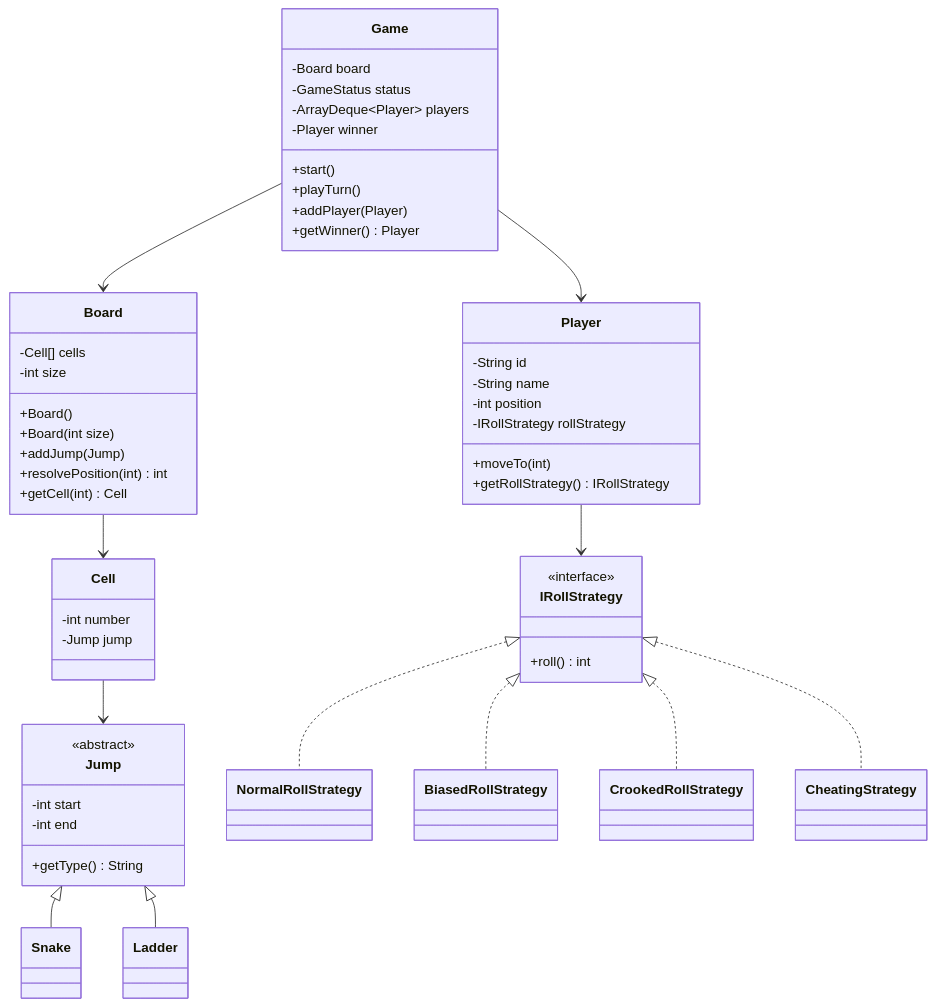
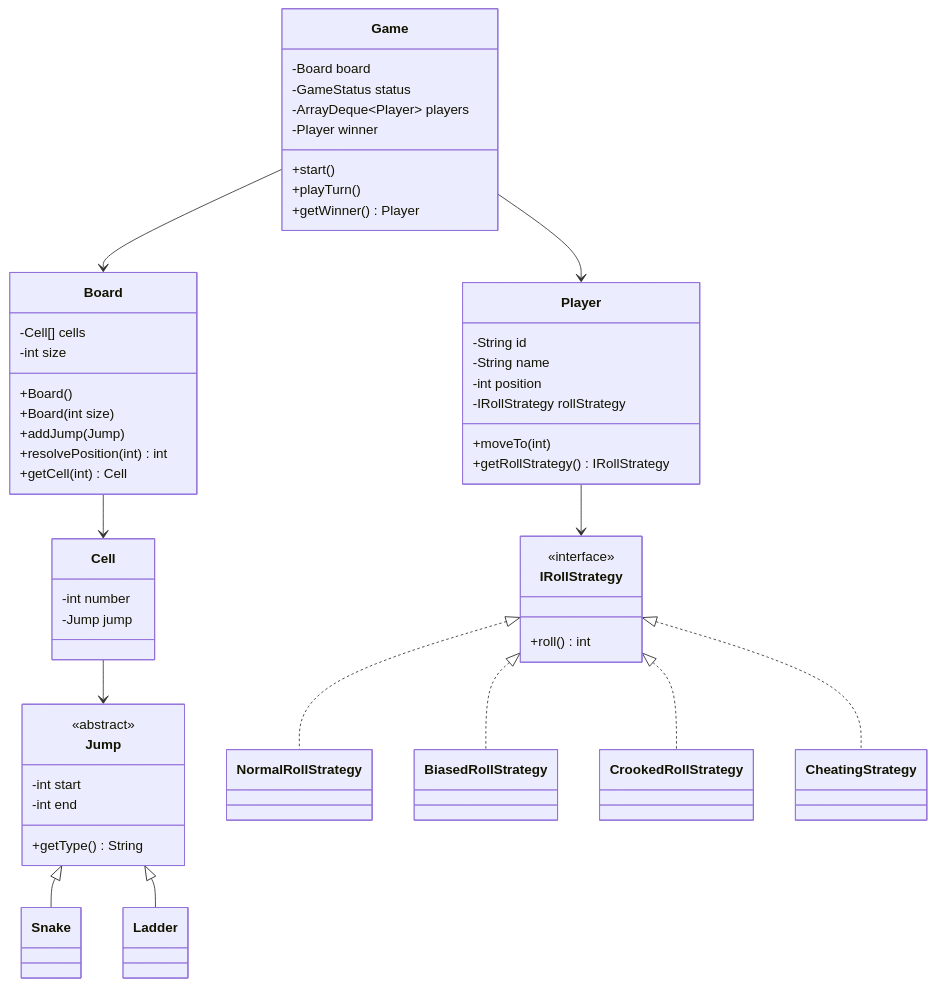
Before and after one commit to rohit-munde/java-lld-practice: the diagram in snake-and-ladder/README.md, drawn with Mermaid. The commit also changed other lines of this file and 3 other files, not shown here.

````diff
--- a/snake-and-ladder/README.md
+++ b/snake-and-ladder/README.md
@@ -100,69 +100,68 @@
 ```mermaid
 classDiagram
     class Game {
         -Board board
         -GameStatus status
         -ArrayDeque~Player~ players
         -Player winner
         +start()
         +playTurn()
-        +addPlayer(Player)
         +getWinner() Player
     }
 
     class Board {
         -Cell[] cells
         -int size
         +Board()
         +Board(int size)
         +addJump(Jump)
         +resolvePosition(int) int
         +getCell(int) Cell
     }
 
     class Cell {
         -int number
         -Jump jump
     }
 
     class Player {
         -String id
         -String name
         -int position
         -IRollStrategy rollStrategy
         +moveTo(int)
         +getRollStrategy() IRollStrategy
     }
 
     class Jump {
         <<abstract>>
         -int start
         -int end
         +getType() String
     }
 
     class Snake
     class Ladder
 
     class IRollStrategy {
         <<interface>>
         +roll() int
     }
 
     class NormalRollStrategy
     class BiasedRollStrategy
     class CrookedRollStrategy
     class CheatingStrategy
 
     Game --> Board
     Game --> Player
     Board --> Cell
     Cell --> Jump
     Jump <|-- Snake
     Jump <|-- Ladder
     Player --> IRollStrategy
     IRollStrategy <|.. NormalRollStrategy
     IRollStrategy <|.. BiasedRollStrategy
     IRollStrategy <|.. CrookedRollStrategy
     IRollStrategy <|.. CheatingStrategy
 ```
````
